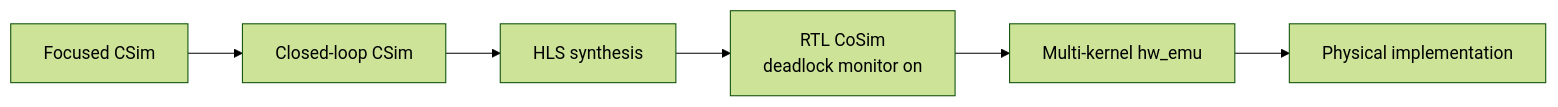
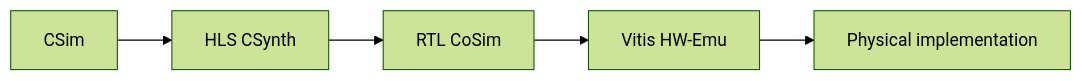
Before and after one commit to TruNcat3/LLM-ACCEL: the second of 2 diagrams in docs/architecture.md, drawn with Mermaid (forest theme). The commit also changed other lines of this file and 27 other files, not shown here.

Commit message:
docs: reorganize CoWave architecture, reproduction, and evidence guides

````diff
--- a/docs/architecture.md
+++ b/docs/architecture.md
@@ -269,8 +179,7 @@
 ```mermaid
 flowchart LR
-    A[Focused CSim] --> B[Closed-loop CSim]
-    B --> C[HLS synthesis]
-    C --> D[RTL CoSim<br/>deadlock monitor on]
-    D --> E[Multi-kernel hw_emu]
-    E --> F[Physical implementation]
+    A[CSim] --> B[HLS CSynth]
+    B --> C[RTL CoSim]
+    C --> D[Vitis HW-Emu]
+    D --> E[Physical implementation]
 ```
````
